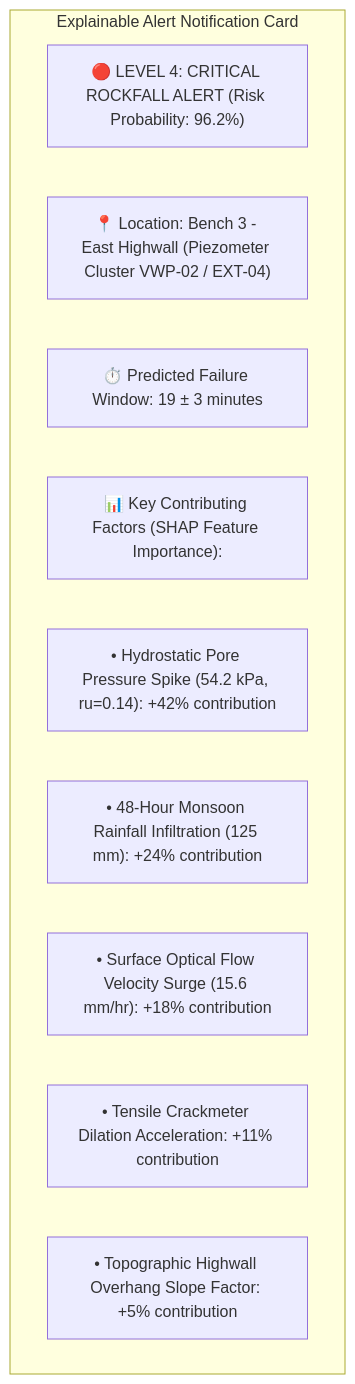
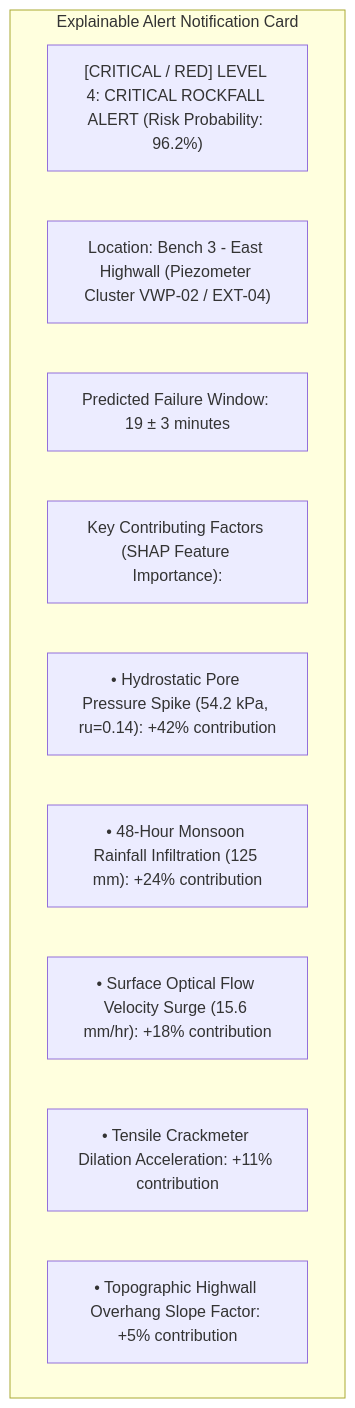
The eighth of 10 diagrams in docs/11_Piezometers.md (angelverman2021-a11y/Report), drawn with Mermaid before and after one commit. The commit also changed other lines of this file and 32 other files, not shown here.

````diff
--- a/docs/11_Piezometers.md
+++ b/docs/11_Piezometers.md
@@ -372,14 +372,14 @@
 ```mermaid
 graph TD
-    subgraph Explainable Alert Notification Card
-        A["🔴 LEVEL 4: CRITICAL ROCKFALL ALERT (Risk Probability: 96.2%)"]
-        B["📍 Location: Bench 3 - East Highwall (Piezometer Cluster VWP-02 / EXT-04)"]
-        C["⏱️ Predicted Failure Window: 19 ± 3 minutes"]
-        D["📊 Key Contributing Factors (SHAP Feature Importance):"]
-        D1["• Hydrostatic Pore Pressure Spike (54.2 kPa, ru=0.14): +42% contribution"]
-        D2["• 48-Hour Monsoon Rainfall Infiltration (125 mm): +24% contribution"]
-        D3["• Surface Optical Flow Velocity Surge (15.6 mm/hr): +18% contribution"]
-        D4["• Tensile Crackmeter Dilation Acceleration: +11% contribution"]
-        D5["• Topographic Highwall Overhang Slope Factor: +5% contribution"]
-    end
+ subgraph Explainable Alert Notification Card
+ A["[CRITICAL / RED] LEVEL 4: CRITICAL ROCKFALL ALERT (Risk Probability: 96.2%)"]
+ B[" Location: Bench 3 - East Highwall (Piezometer Cluster VWP-02 / EXT-04)"]
+ C[" Predicted Failure Window: 19 ± 3 minutes"]
+ D[" Key Contributing Factors (SHAP Feature Importance):"]
+ D1["• Hydrostatic Pore Pressure Spike (54.2 kPa, ru=0.14): +42% contribution"]
+ D2["• 48-Hour Monsoon Rainfall Infiltration (125 mm): +24% contribution"]
+ D3["• Surface Optical Flow Velocity Surge (15.6 mm/hr): +18% contribution"]
+ D4["• Tensile Crackmeter Dilation Acceleration: +11% contribution"]
+ D5["• Topographic Highwall Overhang Slope Factor: +5% contribution"]
+ end
 ```
````
